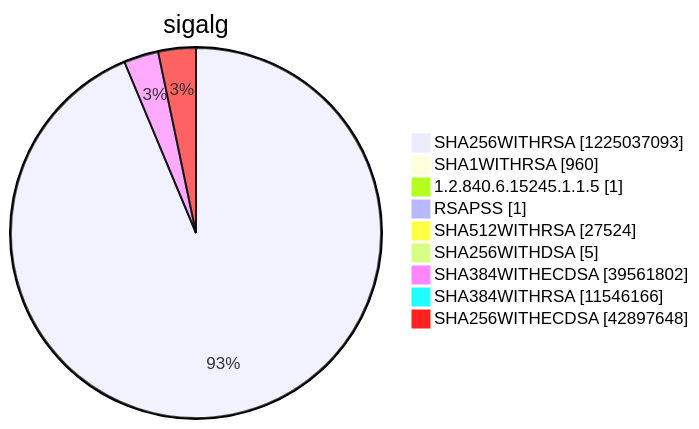
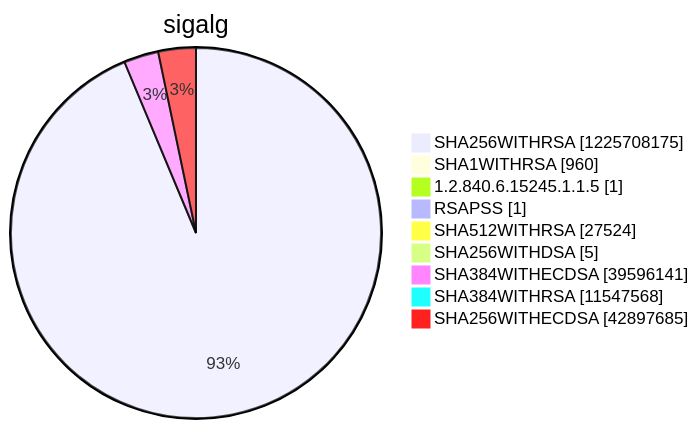
Diagram 15 of 15 in argon2022/README.md (christiankrug/ctmonitor_visualization), drawn with Mermaid before and after one commit. The commit also changed other lines of this file, not shown here.

````diff
--- a/argon2022/README.md
+++ b/argon2022/README.md
@@ -5521,13 +5521,13 @@
 ```mermaid
 pie showData
 title sigalg
-"SHA256WITHRSA" :1225037093
+"SHA256WITHRSA" :1225708175
 "SHA1WITHRSA" :960
 "1.2.840.6.15245.1.1.5" :1
 "RSAPSS" :1
 "SHA512WITHRSA" :27524
 "SHA256WITHDSA" :5
-"SHA384WITHECDSA" :39561802
-"SHA384WITHRSA" :11546166
-"SHA256WITHECDSA" :42897648
+"SHA384WITHECDSA" :39596141
+"SHA384WITHRSA" :11547568
+"SHA256WITHECDSA" :42897685
 ```
````
